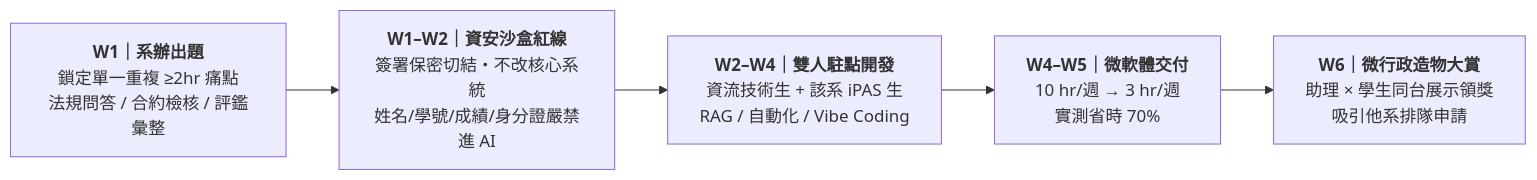
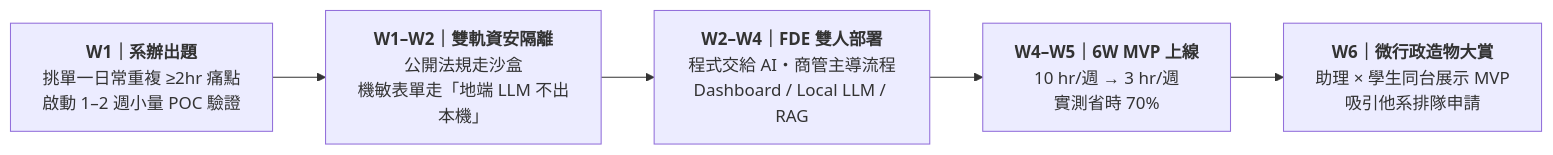
The third of 4 diagrams in README.md (nutcelvischen-jpg/nutc-ai-open-door), drawn with Mermaid before and after one commit. The commit also changed other lines of this file and 4 other files, not shown here.

Commit message:
feat: add Forward Deployed Engineering strategy, Local LLM, Dept POC/MVP, and live award/repo benchmarks

````diff
--- a/README.md
+++ b/README.md
@@ -83,10 +94,10 @@
 ```mermaid
 flowchart LR
-    S1["<b>W1｜系辦出題</b><br/>鎖定單一重複 ≥2hr 痛點<br/>法規問答 / 合約檢核 / 評鑑彙整"]
-    S2["<b>W1–W2｜資安沙盒紅線</b><br/>簽署保密切結・不改核心系統<br/>姓名/學號/成績/身分證嚴禁進 AI"]
-    S3["<b>W2–W4｜雙人駐點開發</b><br/>資流技術生 + 該系 iPAS 生<br/>RAG / 自動化 / Vibe Coding"]
-    S4["<b>W4–W5｜微軟體交付</b><br/>10 hr/週 → 3 hr/週<br/>實測省時 70%"]
-    S5["<b>W6｜微行政造物大賞</b><br/>助理 × 學生同台展示領獎<br/>吸引他系排隊申請"]
+    S1["<b>W1｜系辦出題</b><br/>挑單一日常重複 ≥2hr 痛點<br/>啟動 1–2 週小量 POC 驗證"]
+    S2["<b>W1–W2｜雙軌資安隔離</b><br/>公開法規走沙盒<br/>機敏表單走「地端 LLM 不出本機」"]
+    S3["<b>W2–W4｜FDE 雙人部署</b><br/>程式交給 AI・商管主導流程<br/>Dashboard / Local LLM / RAG"]
+    S4["<b>W4–W5｜6W MVP 上線</b><br/>10 hr/週 → 3 hr/週<br/>實測省時 70%"]
+    S5["<b>W6｜微行政造物大賞</b><br/>助理 × 學生同台展示 MVP<br/>吸引他系排隊申請"]
 
     S1 --> S2 --> S3 --> S4 --> S5
 ```
````
